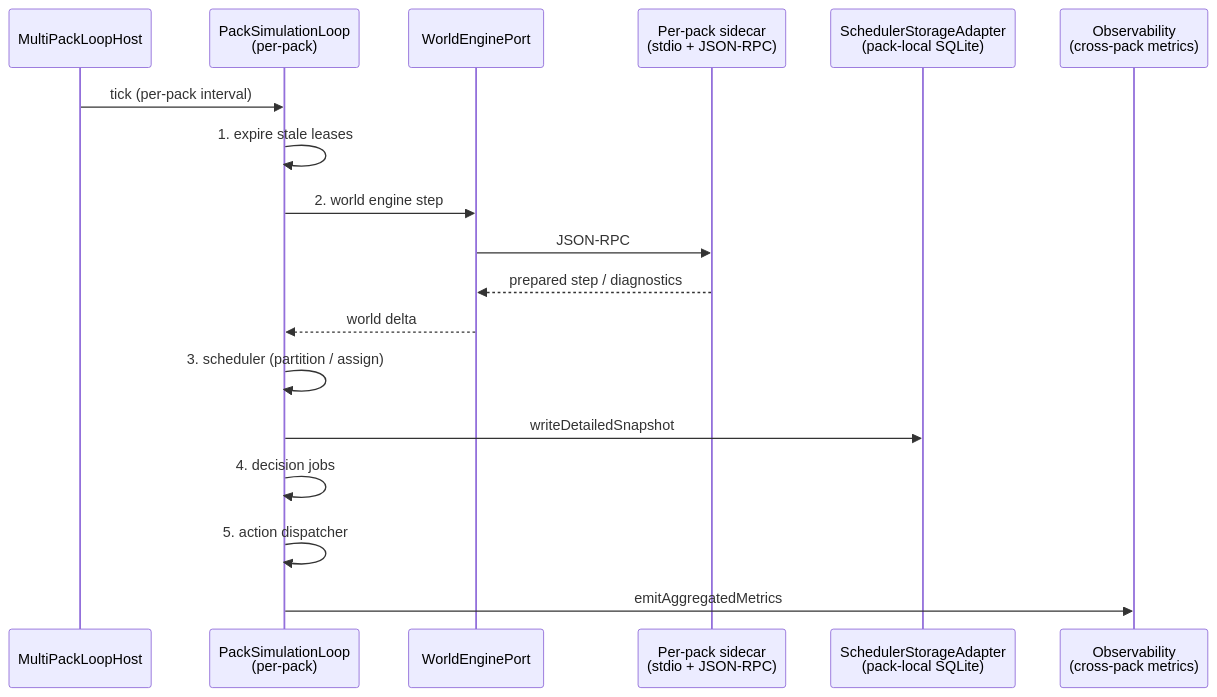
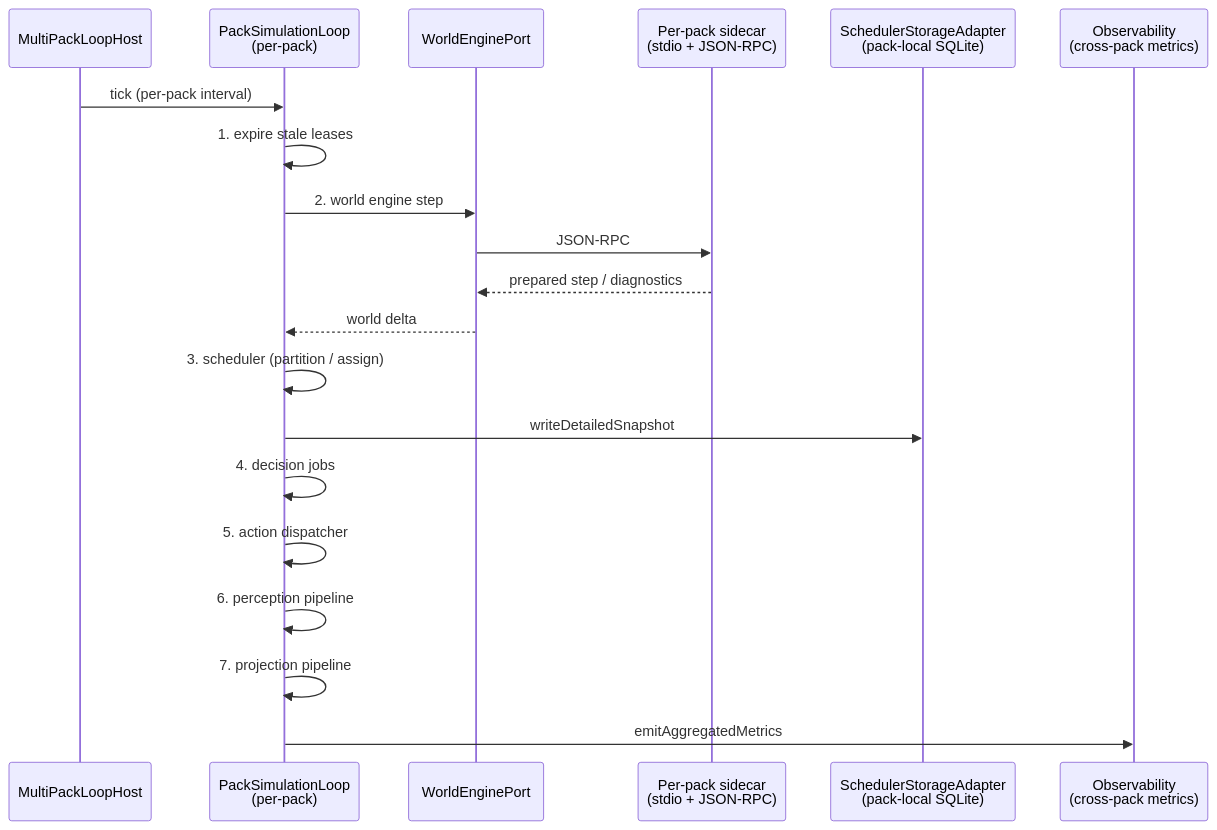
Before and after one commit to Hai-de/Yidhras: the fifth of 7 diagrams in docs/ARCH_DIAGRAM.md, drawn with Mermaid. The commit also changed other lines of this file and 29 other files, not shown here.

````diff
--- a/docs/ARCH_DIAGRAM.md
+++ b/docs/ARCH_DIAGRAM.md
@@ -155,21 +155,23 @@
 ```mermaid
 sequenceDiagram
     participant MLH as MultiPackLoopHost
     participant PSL as PackSimulationLoop<br/>(per-pack)
     participant WEP as WorldEnginePort
     participant Sidecar as Per-pack sidecar<br/>(stdio + JSON-RPC)
     participant SchedStore as SchedulerStorageAdapter<br/>(pack-local SQLite)
     participant Obs as Observability<br/>(cross-pack metrics)
 
     MLH->>PSL: tick (per-pack interval)
     PSL->>PSL: 1. expire stale leases
     PSL->>WEP: 2. world engine step
     WEP->>Sidecar: JSON-RPC
     Sidecar-->>WEP: prepared step / diagnostics
     WEP-->>PSL: world delta
     PSL->>PSL: 3. scheduler (partition / assign)
     PSL->>SchedStore: writeDetailedSnapshot
     PSL->>PSL: 4. decision jobs
     PSL->>PSL: 5. action dispatcher
+    PSL->>PSL: 6. perception pipeline
+    PSL->>PSL: 7. projection pipeline
     PSL->>Obs: emitAggregatedMetrics
 ```
````
